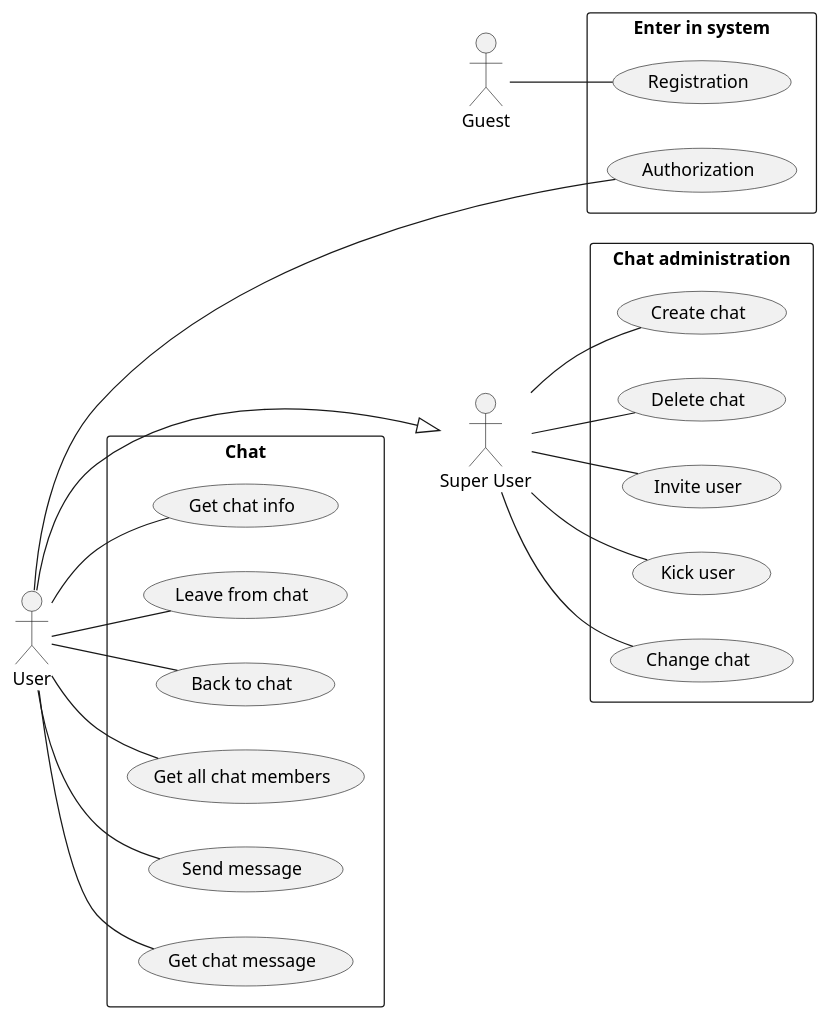
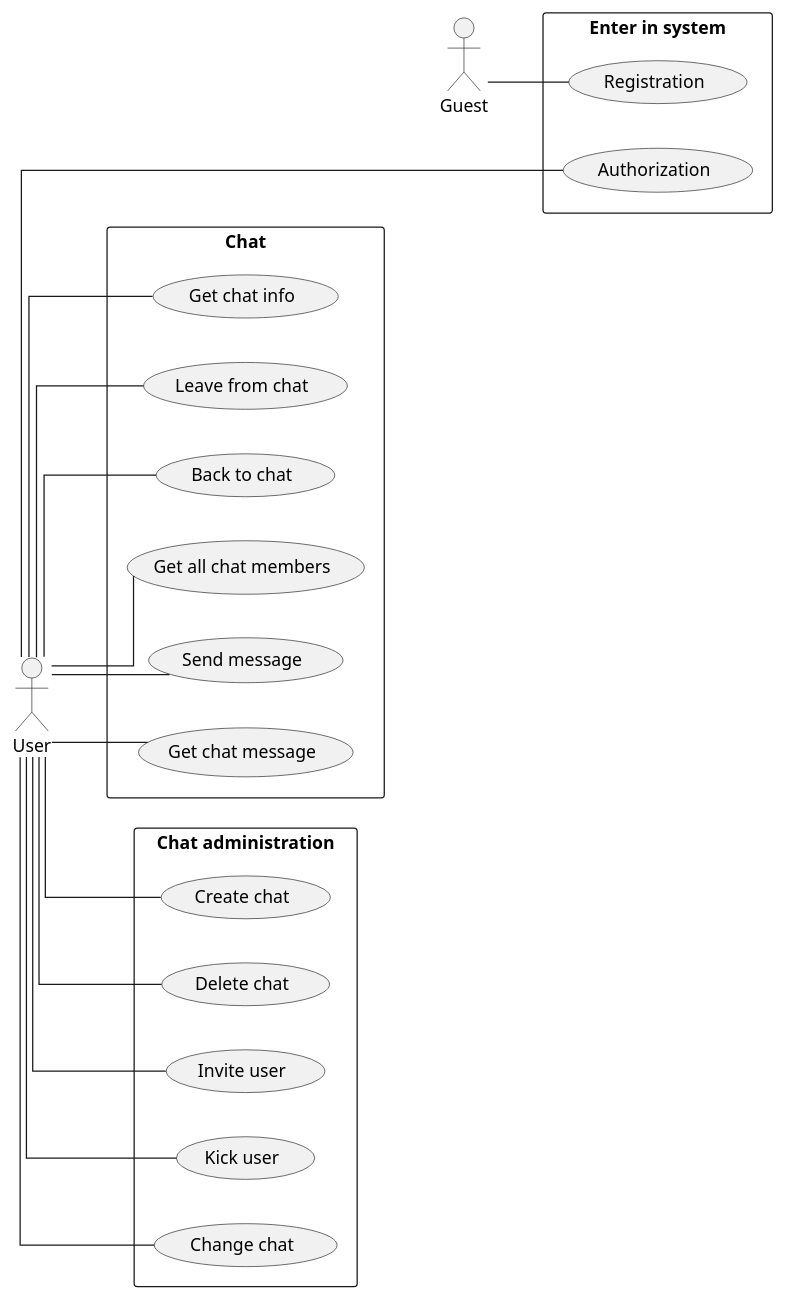
Before and after one commit to AlexandrovDaniil/evraz_project1: the diagram in docs/Usecase.puml, drawn with PlantUML. The commit also changed 1 other file, not shown here.

Commit message:
usecase and db uml update

```diff
--- a/docs/Usecase.puml
+++ b/docs/Usecase.puml
@@ -1,54 +1,55 @@
 @startuml
 'https://plantuml.com/use-case-diagram
 left to right direction
+skinparam linetype ortho
 
 rectangle "Enter in system" {
 usecase "Registration" as registration
 usecase "Authorization" as authorization
 }
 
 rectangle "Chat" {
 usecase "Get chat info" as get_chat_info
 usecase "Leave from chat" as leave_chat
 usecase "Back to chat" as back_chat
 usecase "Get all chat members" as get_chat_members
 usecase "Send message" as send_message
 usecase "Get chat message" as get_chat_message
 }
 
 rectangle "Chat administration" {
 usecase "Create chat" as create_chat
 usecase "Delete chat" as delete_chat
 usecase "Invite user" as invite_user
 usecase "Kick user" as kick_user
 usecase "Change chat" as change_chat
 }
 
 
 :Guest: as Guest
 
 Guest -- registration
 
 :User: as User
 
 User ---- authorization
 User -- get_chat_info
 User -- leave_chat
 User -- back_chat
 User -- get_chat_members
 User -- send_message
 User -- get_chat_message
 
-:Super User: as Super_User
+':Super User: as Super_User
 
 
-Super_User -- create_chat
-Super_User -- delete_chat
-Super_User -- invite_user
-Super_User -- kick_user
-Super_User -- change_chat
+User -- create_chat
+User -- delete_chat
+User -- invite_user
+User -- kick_user
+User -- change_chat
 
 
-User ---|> Super_User
+'User ---|> Super_User
 
 @enduml
```
